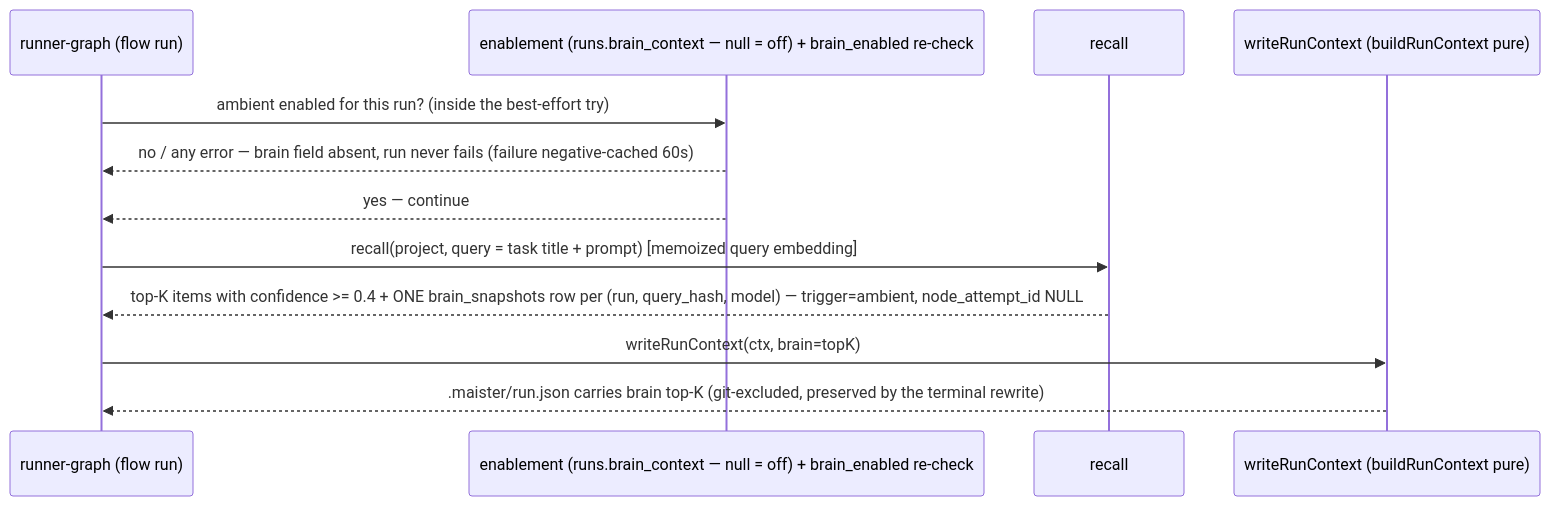
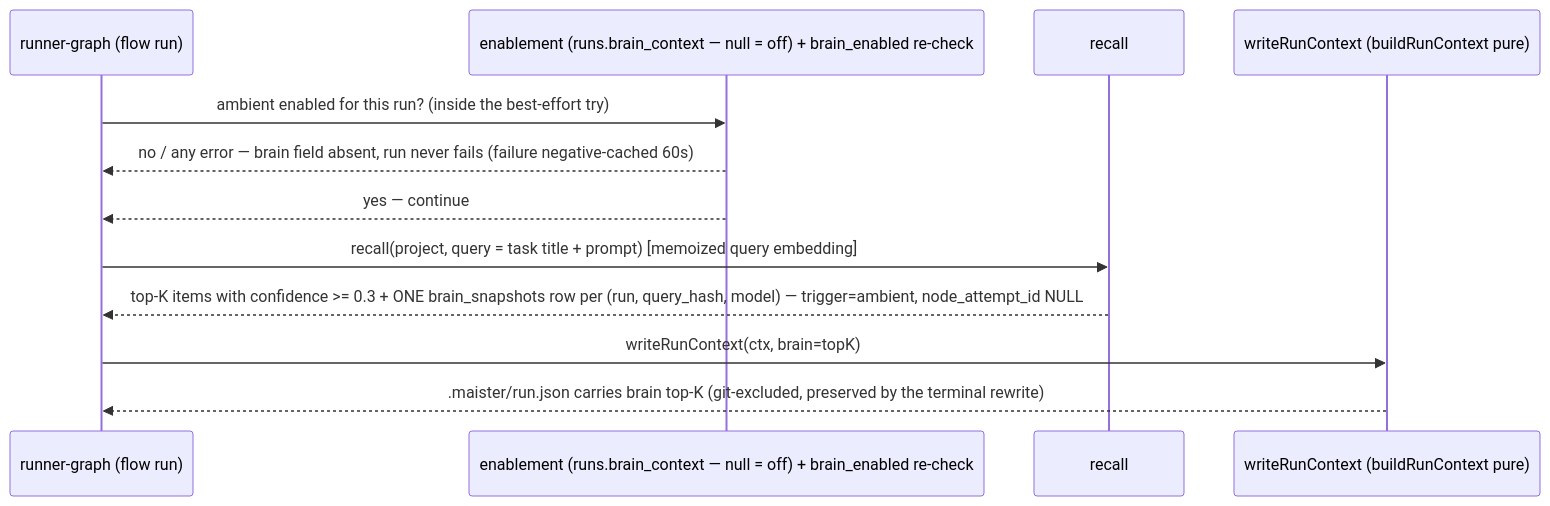
Before and after one commit to maister-dev/maister: the sixth of 10 diagrams in docs/system-analytics/project-brain.md, drawn with Mermaid. The commit also changed other lines of this file and 12 other files, not shown here.

First line of the commit message:
fix(brain): lower ambient floor to initial confidence so new items inject

````diff
--- a/docs/system-analytics/project-brain.md
+++ b/docs/system-analytics/project-brain.md
@@ -285,14 +284,14 @@
 ```mermaid
 sequenceDiagram
     participant RG as runner-graph (flow run)
     participant EN as enablement (runs.brain_context — null = off) + brain_enabled re-check
     participant RC as recall
     participant WC as writeRunContext (buildRunContext pure)
     RG->>EN: ambient enabled for this run? (inside the best-effort try)
     EN-->>RG: no / any error — brain field absent, run never fails (failure negative-cached 60s)
     EN-->>RG: yes — continue
     RG->>RC: recall(project, query = task title + prompt) [memoized query embedding]
-    RC-->>RG: top-K items with confidence >= 0.4 + ONE brain_snapshots row per (run, query_hash, model) — trigger=ambient, node_attempt_id NULL
+    RC-->>RG: top-K items with confidence >= 0.3 + ONE brain_snapshots row per (run, query_hash, model) — trigger=ambient, node_attempt_id NULL
     RG->>WC: writeRunContext(ctx, brain=topK)
     WC-->>RG: .maister/run.json carries brain top-K (git-excluded, preserved by the terminal rewrite)
 ```
````
